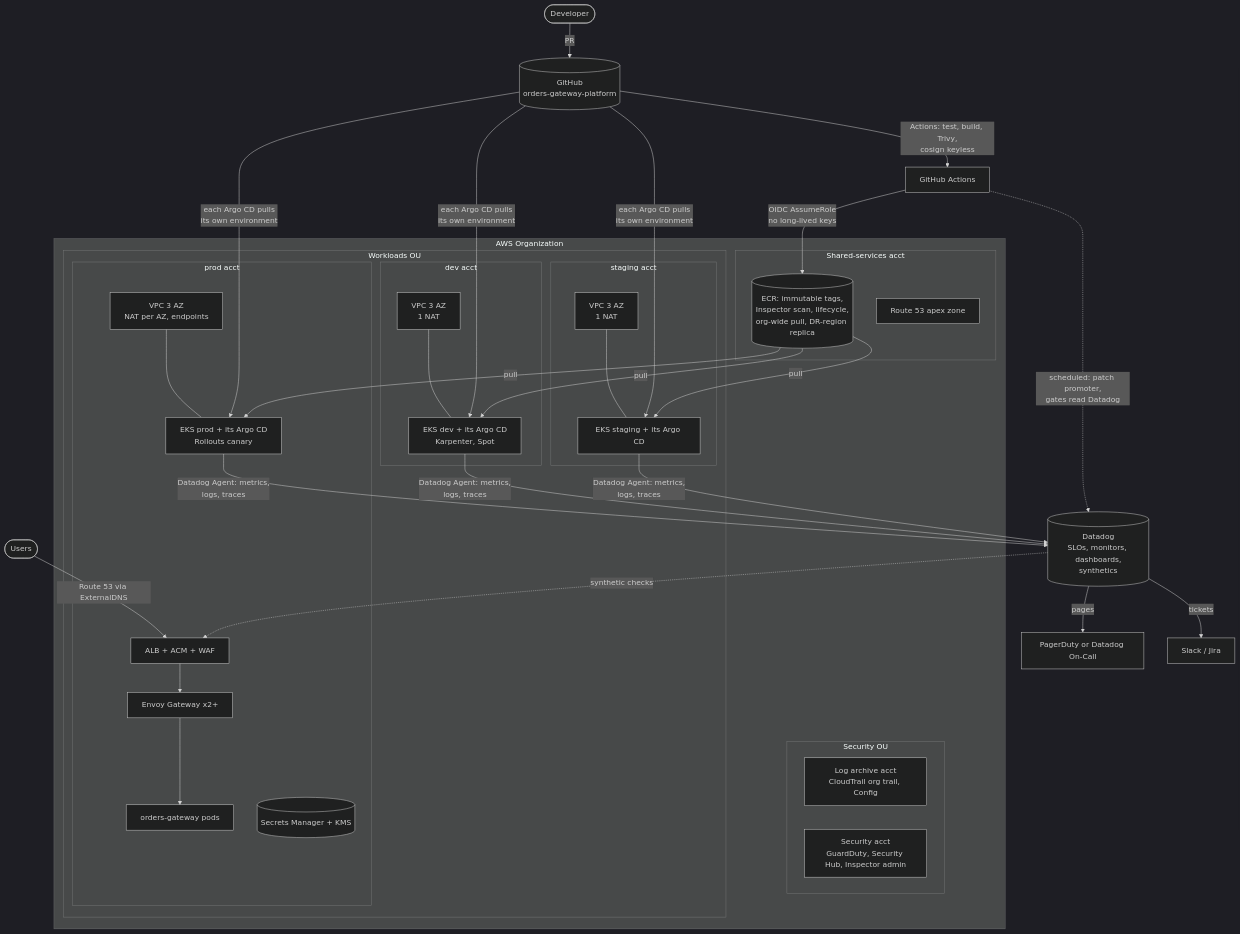
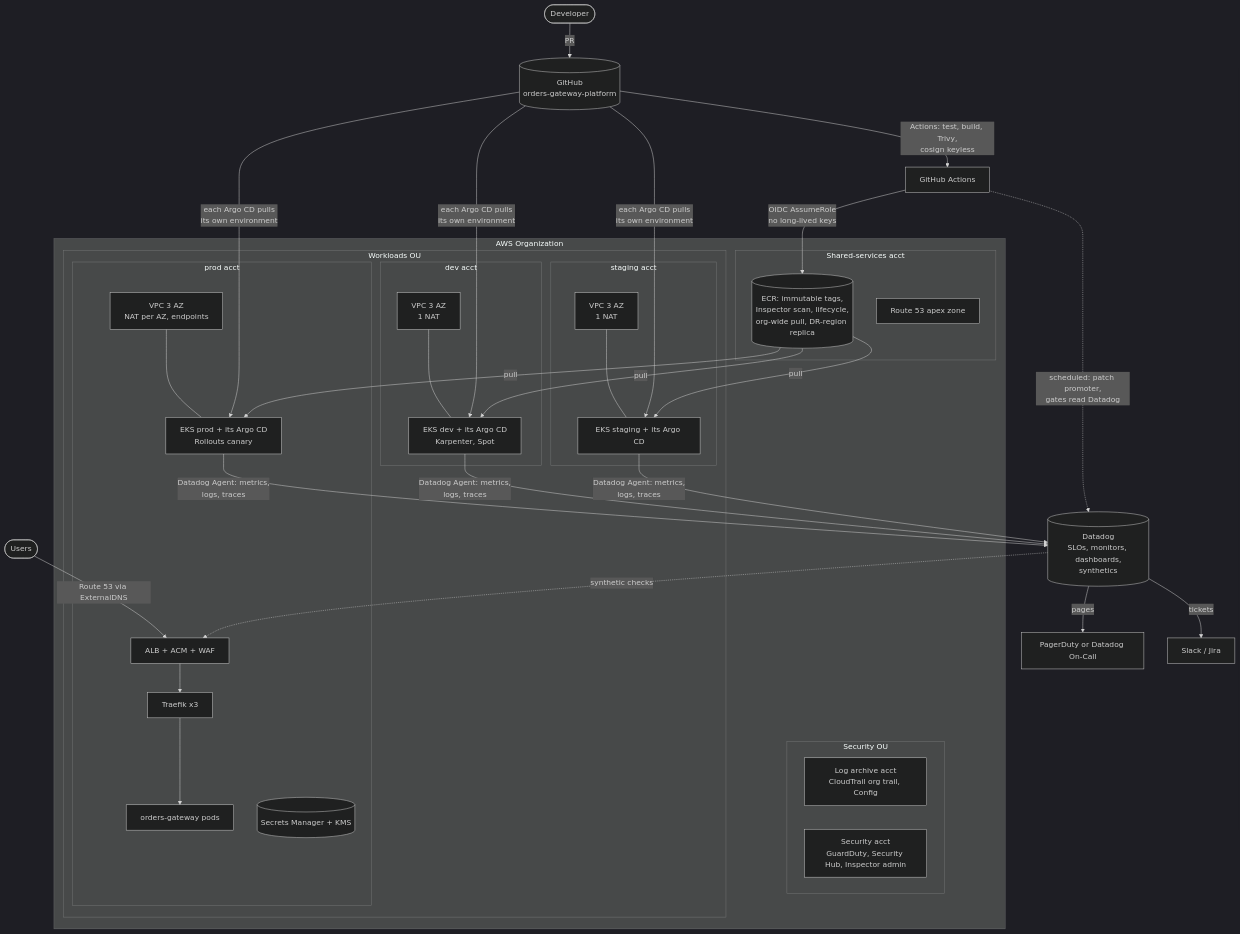
Before and after one commit to iantest11111989/orders-gateway-platform: the diagram in docs/production-on-aws.md, drawn with Mermaid (dark theme). The commit also changed other lines of this file and 69 other files, not shown here.

First line of the commit message:
Traefik Ingress replaces Envoy Gateway; plain HTTP on local ports, no cert-manager

````diff
--- a/docs/production-on-aws.md
+++ b/docs/production-on-aws.md
@@ -17,39 +17,39 @@
 ```mermaid
 flowchart TB
   dev([Developer]) -->|PR| gh[(GitHub<br/>orders-gateway-platform)]
   gh -->|Actions: test, build, Trivy,<br/>cosign keyless| ci[GitHub Actions]
   ci -->|OIDC AssumeRole<br/>no long-lived keys| ecr
 
   subgraph org [AWS Organization]
     subgraph sec [Security OU]
       logarch[Log archive acct<br/>CloudTrail org trail, Config]
       secacct[Security acct<br/>GuardDuty, Security Hub, Inspector admin]
     end
     subgraph shared [Shared-services acct]
       ecr[(ECR: immutable tags,<br/>Inspector scan, lifecycle,<br/>org-wide pull, DR-region replica)]
       r53root[Route 53 apex zone]
     end
     subgraph wl [Workloads OU]
       subgraph devacct [dev acct]
         devvpc[VPC 3 AZ<br/>1 NAT] --- deveks[EKS dev + its Argo CD<br/>Karpenter, Spot]
       end
       subgraph stgacct [staging acct]
         stgvpc[VPC 3 AZ<br/>1 NAT] --- stgeks[EKS staging + its Argo CD]
       end
       subgraph prodacct [prod acct]
         prodvpc[VPC 3 AZ<br/>NAT per AZ, endpoints] --- prodeks[EKS prod + its Argo CD<br/>Rollouts canary]
-        alb[ALB + ACM + WAF] --> envoy[Envoy Gateway x2+] --> app[orders-gateway pods]
+        alb[ALB + ACM + WAF] --> traefik[Traefik x3] --> app[orders-gateway pods]
         sm[(Secrets Manager + KMS)]
       end
     end
   end
 
   gh -->|each Argo CD pulls<br/>its own environment| deveks & stgeks & prodeks
   ci -.->|scheduled: patch promoter,<br/>gates read Datadog| dd
   users([Users]) -->|Route 53 via ExternalDNS| alb
   deveks & stgeks & prodeks -->|Datadog Agent: metrics,<br/>logs, traces| dd[(Datadog<br/>SLOs, monitors, dashboards,<br/>synthetics)]
   dd -->|pages| pd[PagerDuty or Datadog On-Call]
   dd -->|tickets| chat[Slack / Jira]
   dd -.->|synthetic checks| alb
   ecr -->|pull| deveks & stgeks & prodeks
 ```
````
